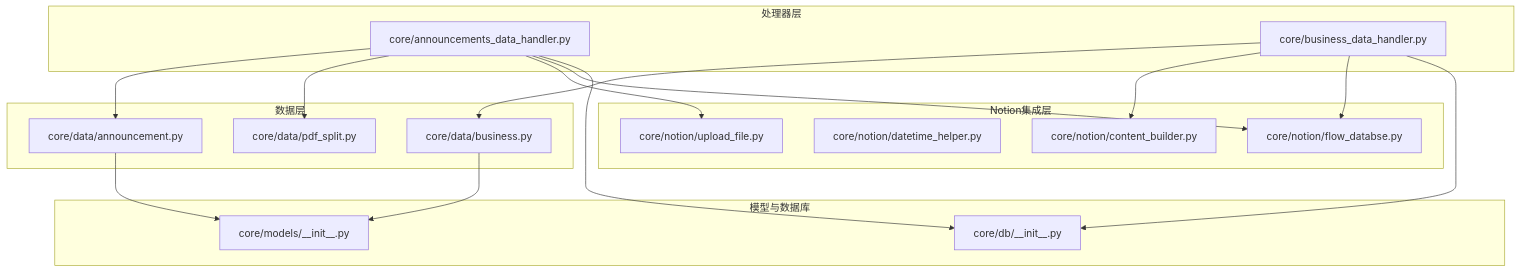
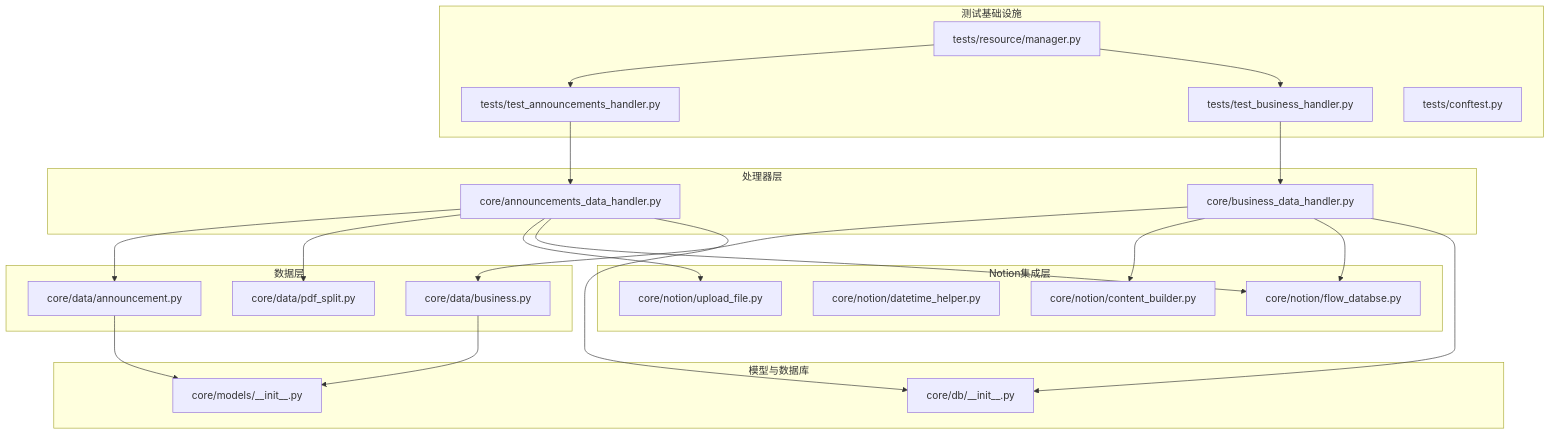
Before and after one commit to iverwong/DataLife: the first of 6 diagrams in .qoder/repowiki/zh/content/测试策略/测试策略.md, drawn with Mermaid. The commit also changed other lines of this file and 6 other files, not shown here.

````diff
--- a/.qoder/repowiki/zh/content/测试策略/测试策略.md
+++ b/.qoder/repowiki/zh/content/测试策略/测试策略.md
@@ -41,33 +53,43 @@
 ```mermaid
 graph TB
 subgraph "数据层"
 D1["core/data/announcement.py"]
 D2["core/data/business.py"]
 D3["core/data/pdf_split.py"]
 end
 subgraph "Notion集成层"
 N1["core/notion/content_builder.py"]
 N2["core/notion/datetime_helper.py"]
 N3["core/notion/flow_databse.py"]
 N4["core/notion/upload_file.py"]
 end
 subgraph "处理器层"
 H1["core/announcements_data_handler.py"]
 H2["core/business_data_handler.py"]
 end
 subgraph "模型与数据库"
 M1["core/models/__init__.py"]
 DB["core/db/__init__.py"]
 end
+subgraph "测试基础设施"
+T1["tests/test_announcements_handler.py"]
+T2["tests/test_business_handler.py"]
+T3["tests/resource/manager.py"]
+T4["tests/conftest.py"]
+end
 H1 --> D1
 H1 --> D3
 H1 --> N4
 H1 --> N3
 H2 --> D2
 H2 --> N1
 H2 --> N3
 D1 --> M1
 D2 --> M1
 H1 --> DB
 H2 --> DB
+T1 --> H1
+T2 --> H2
+T3 --> T1
+T3 --> T2
 ```
````
